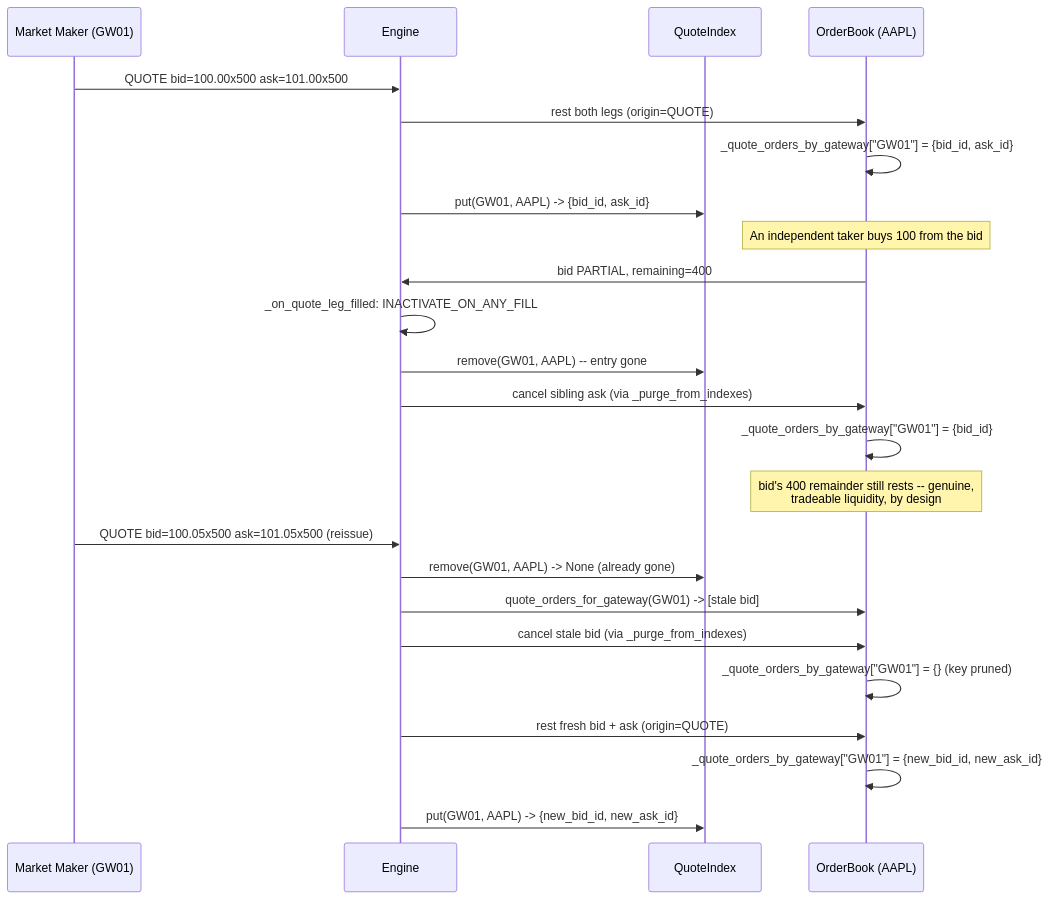
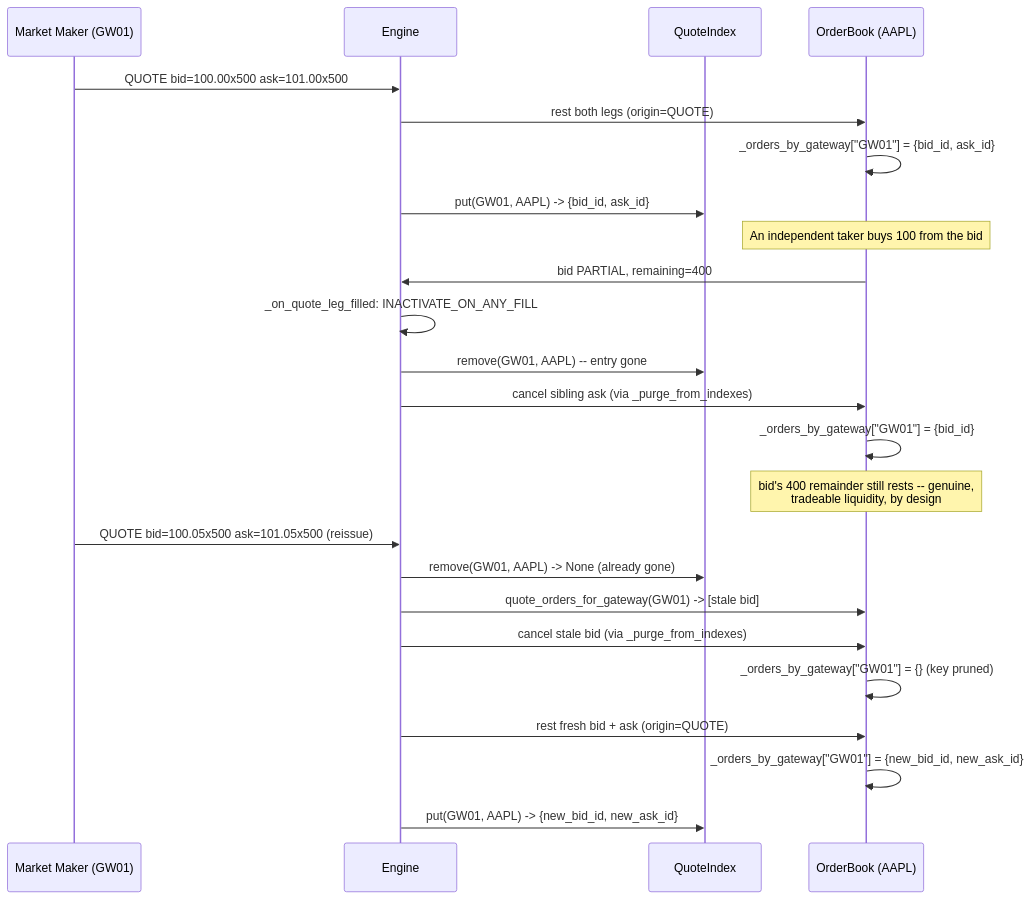
Before and after one commit to johan162/EduMatcher: the eighth of 11 diagrams in docs/architecture/02-architecture-guide.md, drawn with Mermaid. The commit also changed other lines of this file and 4 other files, not shown here.

````diff
--- a/docs/architecture/02-architecture-guide.md
+++ b/docs/architecture/02-architecture-guide.md
@@ -1525,29 +1587,29 @@
 ```mermaid
 sequenceDiagram
     participant MM as Market Maker (GW01)
     participant E as Engine
     participant QI as QuoteIndex
     participant OB as OrderBook (AAPL)
 
     MM->>E: QUOTE bid=100.00x500 ask=101.00x500
     E->>OB: rest both legs (origin=QUOTE)
-    OB->>OB: _quote_orders_by_gateway["GW01"] = {bid_id, ask_id}
+    OB->>OB: _orders_by_gateway["GW01"] = {bid_id, ask_id}
     E->>QI: put(GW01, AAPL) -> {bid_id, ask_id}
 
     Note over OB: An independent taker buys 100 from the bid
     OB->>E: bid PARTIAL, remaining=400
     E->>E: _on_quote_leg_filled: INACTIVATE_ON_ANY_FILL
     E->>QI: remove(GW01, AAPL)  -- entry gone
     E->>OB: cancel sibling ask (via _purge_from_indexes)
-    OB->>OB: _quote_orders_by_gateway["GW01"] = {bid_id}
+    OB->>OB: _orders_by_gateway["GW01"] = {bid_id}
     Note over OB: bid's 400 remainder still rests -- genuine,<br/>tradeable liquidity, by design
 
     MM->>E: QUOTE bid=100.05x500 ask=101.05x500 (reissue)
     E->>QI: remove(GW01, AAPL) -> None (already gone)
     E->>OB: quote_orders_for_gateway(GW01) -> [stale bid]
     E->>OB: cancel stale bid (via _purge_from_indexes)
-    OB->>OB: _quote_orders_by_gateway["GW01"] = {}  (key pruned)
+    OB->>OB: _orders_by_gateway["GW01"] = {}  (key pruned)
     E->>OB: rest fresh bid + ask (origin=QUOTE)
-    OB->>OB: _quote_orders_by_gateway["GW01"] = {new_bid_id, new_ask_id}
+    OB->>OB: _orders_by_gateway["GW01"] = {new_bid_id, new_ask_id}
     E->>QI: put(GW01, AAPL) -> {new_bid_id, new_ask_id}
 ```
````
